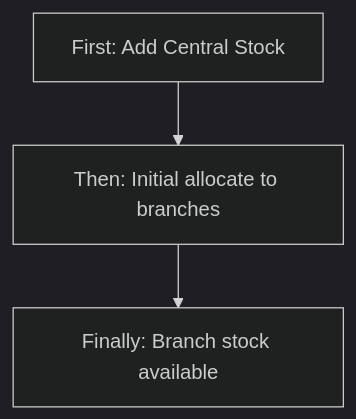
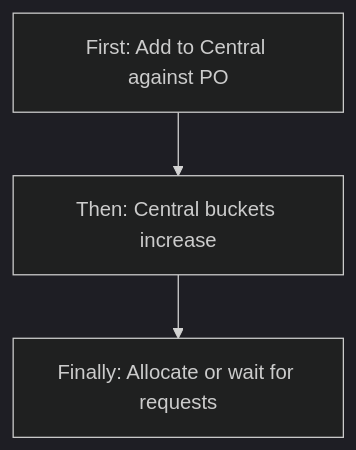
The fifth of 9 diagrams in v0_final_docs/stock-management.md (Aurifex-Innovations/ERP_docs), drawn with Mermaid (dark theme) before and after one commit. The commit also changed other lines of this file, not shown here.

````diff
--- a/v0_final_docs/stock-management.md
+++ b/v0_final_docs/stock-management.md
@@ -721,5 +373,5 @@
 ```mermaid
 flowchart TD
-  cstAdd["First: Add Central Stock"] --> alloc["Then: Initial allocate to branches"]
-  alloc --> doneAlloc["Finally: Branch stock available"]
+  cstkIn["First: Add to Central against PO"] --> cstkLed["Then: Central buckets increase"]
+  cstkLed --> cstkFinal["Finally: Allocate or wait for requests"]
 ```
````
